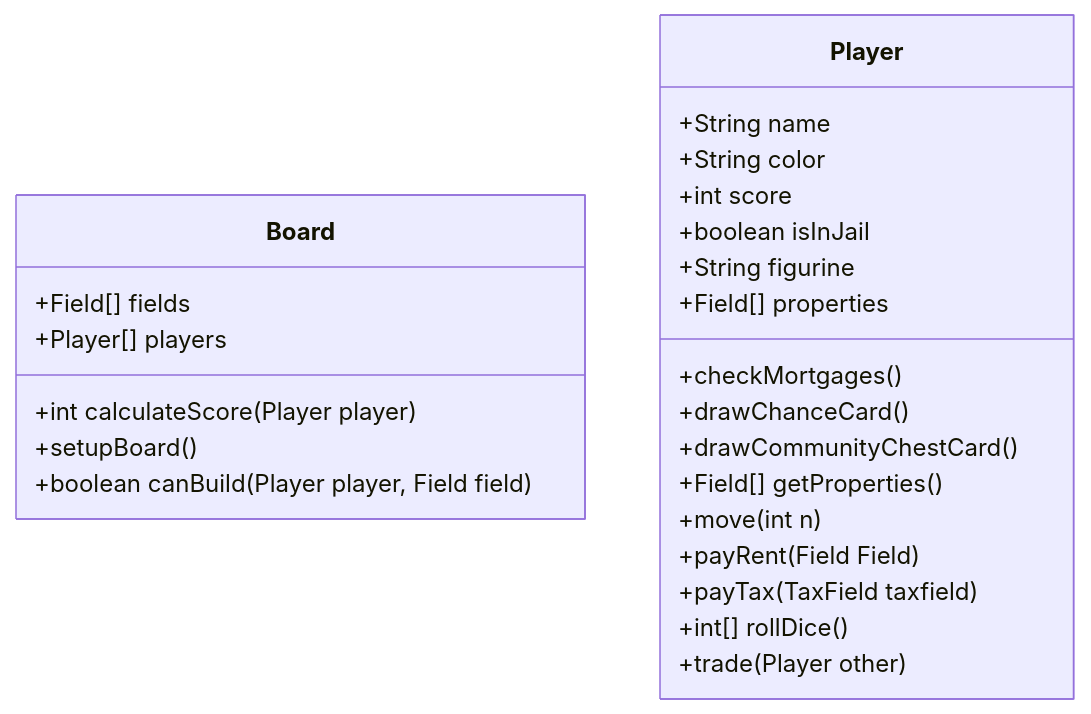
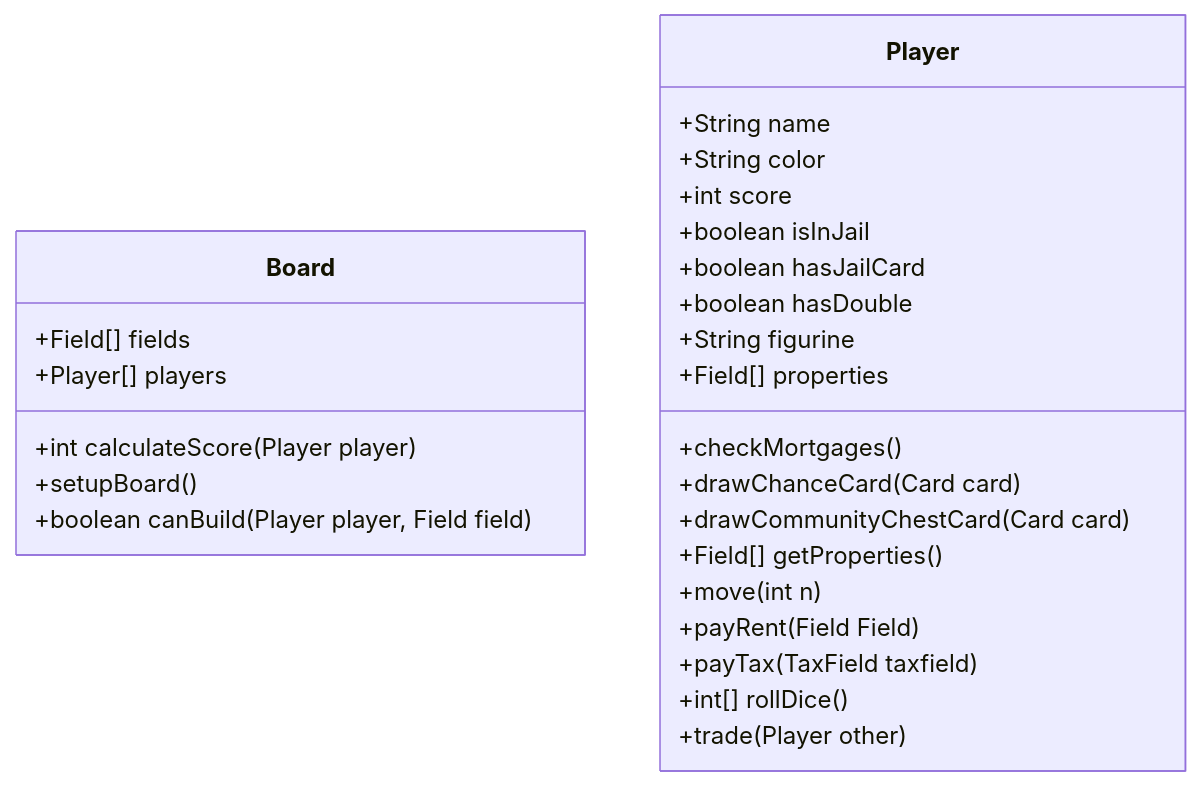
One commit to mhmFrost/Monopoly changed the second of 2 diagrams in classdiagramm.md. Above: the diagram before and after it, drawn with Mermaid. The commit also changed other lines of this file, not shown here.

Commit message:
Updated class diagram.

````diff
--- a/classdiagramm.md
+++ b/classdiagramm.md
@@ -48,27 +58,29 @@
 ``` mermaid
 classDiagram
 class Board{
 +Field[] fields
 +Player[] players
 +int calculateScore(Player player)
 +setupBoard()
 +boolean canBuild(Player player, Field field)
 }
 class Player{
 +String name
 +String color
 +int score
 +boolean isInJail
++boolean hasJailCard
++boolean hasDouble
 +String figurine
 +Field[] properties
 +checkMortgages()
-+drawChanceCard()
-+drawCommunityChestCard()
++drawChanceCard(Card card)
++drawCommunityChestCard(Card card)
 +Field[] getProperties()
 +move(int n)
 +payRent(Field Field)
 +payTax(TaxField taxfield)
 +int[] rollDice()
 +trade(Player other)
 }
 ```
````
